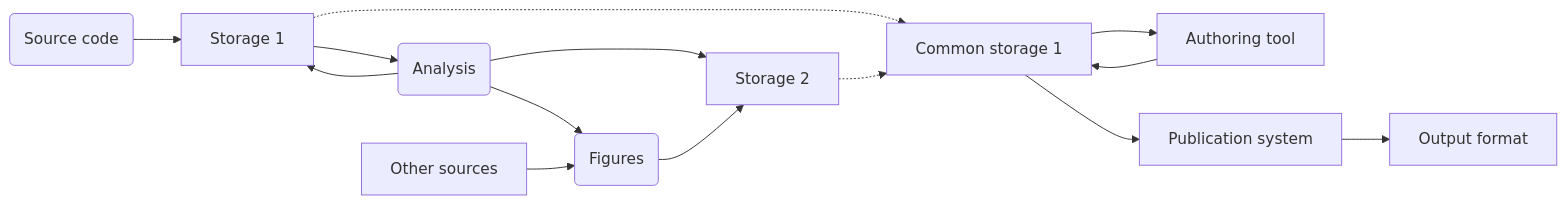
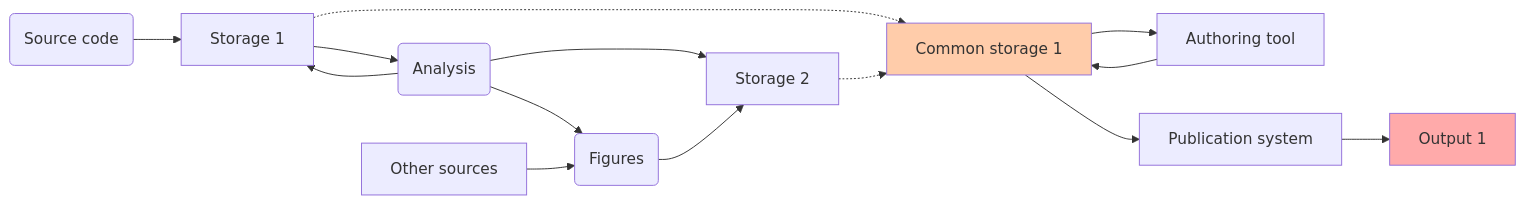
Before and after one commit to IntelligentSystemsLaboratory/nwoap_workshop: the first of 5 diagrams in introduction.qmd, drawn with Mermaid. The commit also changed other lines of this file, not shown here.

Commit message:
More mermaid figures

````diff
--- a/introduction.qmd
+++ b/introduction.qmd
@@ -35,16 +37,18 @@
 ```{mermaid}
 flowchart LR
   
     I1("Source code") & I3("Analysis") --> M1["Storage 1"]
     M1 --> I3
     I3 --> M2
     I3 --> I2
     I4["Other sources"] --> I2
     I2("Figures") --> M2["Storage 2"]
     M1 -.-> MS["Common storage 1"]
     M2 -.-> MS
     MS --> A1["Authoring tool"]
     A1 --> MS
     MS --> P1["Publication system"]
-    P1 --> O1["Output format"]
+    P1 --> O1["Output 1"]
+    style MS fill:#fca
+    style O1 fill:#faa
 ```
````
